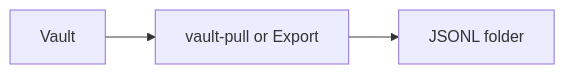
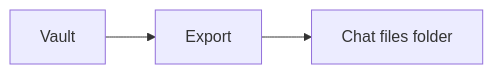
One commit to bitrealm-dev/message-vault changed the second of 2 diagrams in docs/src/content/docs/vault/developer/message-transfer.md. Above: the diagram before and after it, drawn with Mermaid. The commit also changed other lines of this file, not shown here.

````diff
--- a/docs/src/content/docs/vault/developer/message-transfer.md
+++ b/docs/src/content/docs/vault/developer/message-transfer.md
@@ -22,5 +28,5 @@
 ```mermaid
 flowchart LR
-  vault[Vault] --> pull[vault-pull or Export]
-  pull --> jsonl[JSONL folder]
+  vault[Vault] --> export[Export]
+  export --> folder[Chat files folder]
 ```
````
